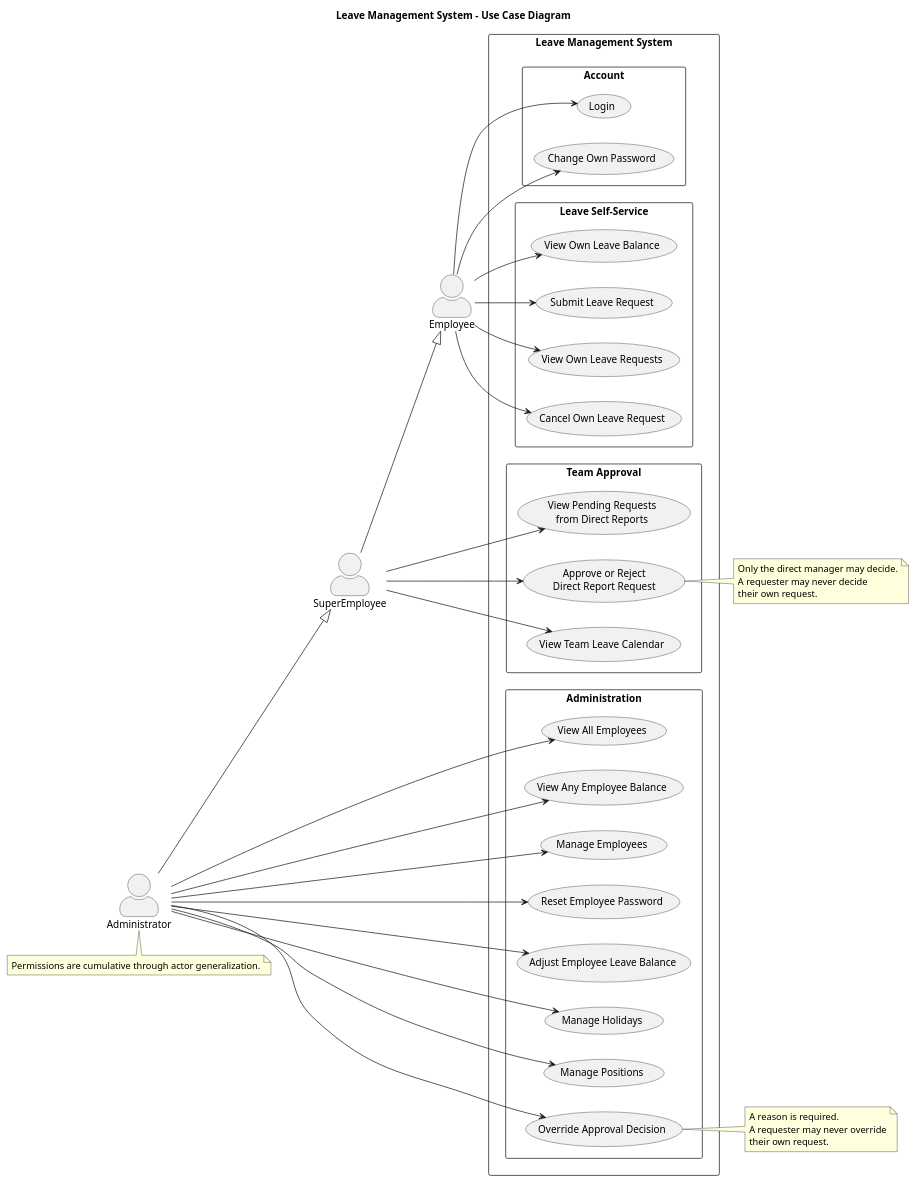
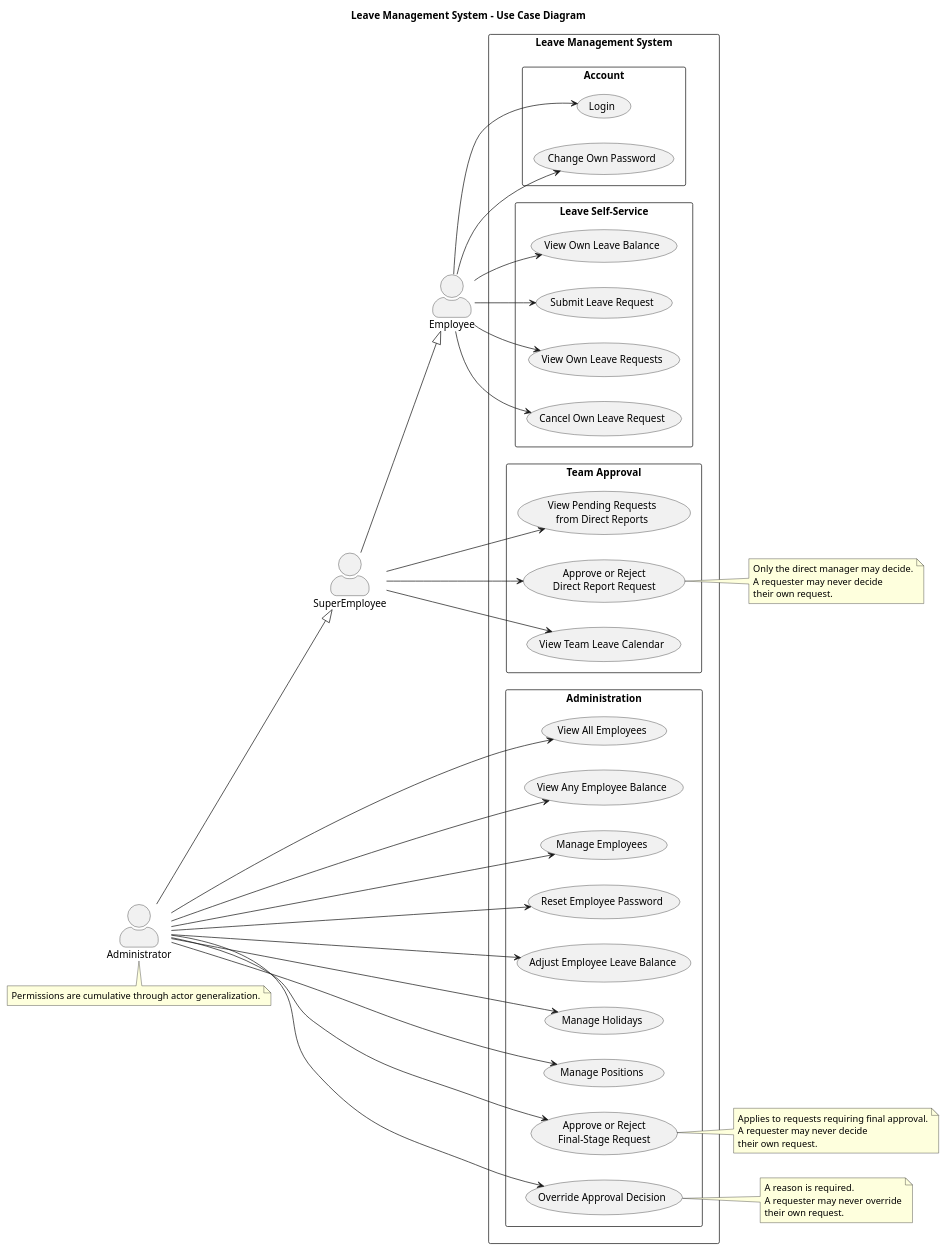
The diagram in docs/diagrams/use-case.puml (malllvinnn/leave-management), drawn with PlantUML before and after one commit.

Commit message:
doc(diagram): sync use case with final-stage approval flow

```diff
--- a/docs/diagrams/use-case.puml
+++ b/docs/diagrams/use-case.puml
@@ -1,84 +1,92 @@
-@startuml
+@startuml Use Case Diagram
 title Leave Management System - Use Case Diagram
 
 left to right direction
 
 skinparam shadowing false
 skinparam packageStyle rectangle
 skinparam actorStyle awesome
 
 actor Employee as Employee
 actor SuperEmployee as SuperEmployee
 actor Administrator as Administrator
 
 SuperEmployee --|> Employee
 Administrator --|> SuperEmployee
 
 rectangle "Leave Management System" {
   package "Account" {
     usecase "Login" as UC_Login
     usecase "Change Own Password" as UC_ChangePassword
   }
 
   package "Leave Self-Service" {
     usecase "View Own Leave Balance" as UC_ViewOwnBalance
     usecase "Submit Leave Request" as UC_SubmitRequest
     usecase "View Own Leave Requests" as UC_ViewOwnRequests
     usecase "Cancel Own Leave Request" as UC_CancelRequest
   }
 
   package "Team Approval" {
     usecase "View Pending Requests\nfrom Direct Reports" as UC_ViewPending
     usecase "Approve or Reject\nDirect Report Request" as UC_DecideRequest
     usecase "View Team Leave Calendar" as UC_ViewTeamCalendar
   }
 
   package "Administration" {
     usecase "View All Employees" as UC_ViewEmployees
     usecase "View Any Employee Balance" as UC_ViewAnyBalance
     usecase "Manage Employees" as UC_ManageEmployees
     usecase "Reset Employee Password" as UC_ResetPassword
     usecase "Adjust Employee Leave Balance" as UC_AdjustBalance
     usecase "Manage Holidays" as UC_ManageHolidays
     usecase "Manage Positions" as UC_ManagePositions
+    usecase "Approve or Reject\nFinal-Stage Request" as UC_FinalDecision
     usecase "Override Approval Decision" as UC_OverrideDecision
   }
 }
 
 Employee --> UC_Login
 Employee --> UC_ChangePassword
 Employee --> UC_ViewOwnBalance
 Employee --> UC_SubmitRequest
 Employee --> UC_ViewOwnRequests
 Employee --> UC_CancelRequest
 
 SuperEmployee --> UC_ViewPending
 SuperEmployee --> UC_DecideRequest
 SuperEmployee --> UC_ViewTeamCalendar
 
 Administrator --> UC_ViewEmployees
 Administrator --> UC_ViewAnyBalance
 Administrator --> UC_ManageEmployees
 Administrator --> UC_ResetPassword
 Administrator --> UC_AdjustBalance
 Administrator --> UC_ManageHolidays
 Administrator --> UC_ManagePositions
+Administrator --> UC_FinalDecision
 Administrator --> UC_OverrideDecision
 
 note right of UC_DecideRequest
   Only the direct manager may decide.
   A requester may never decide
   their own request.
 end note
 
 note right of UC_OverrideDecision
   A reason is required.
   A requester may never override
   their own request.
 end note
 
+note right of UC_FinalDecision
+  Applies to requests requiring final approval.
+  A requester may never decide
+  their own request.
+end note
+
 note bottom of Administrator
   Permissions are cumulative through actor generalization.
 end note
 
 @enduml
```
